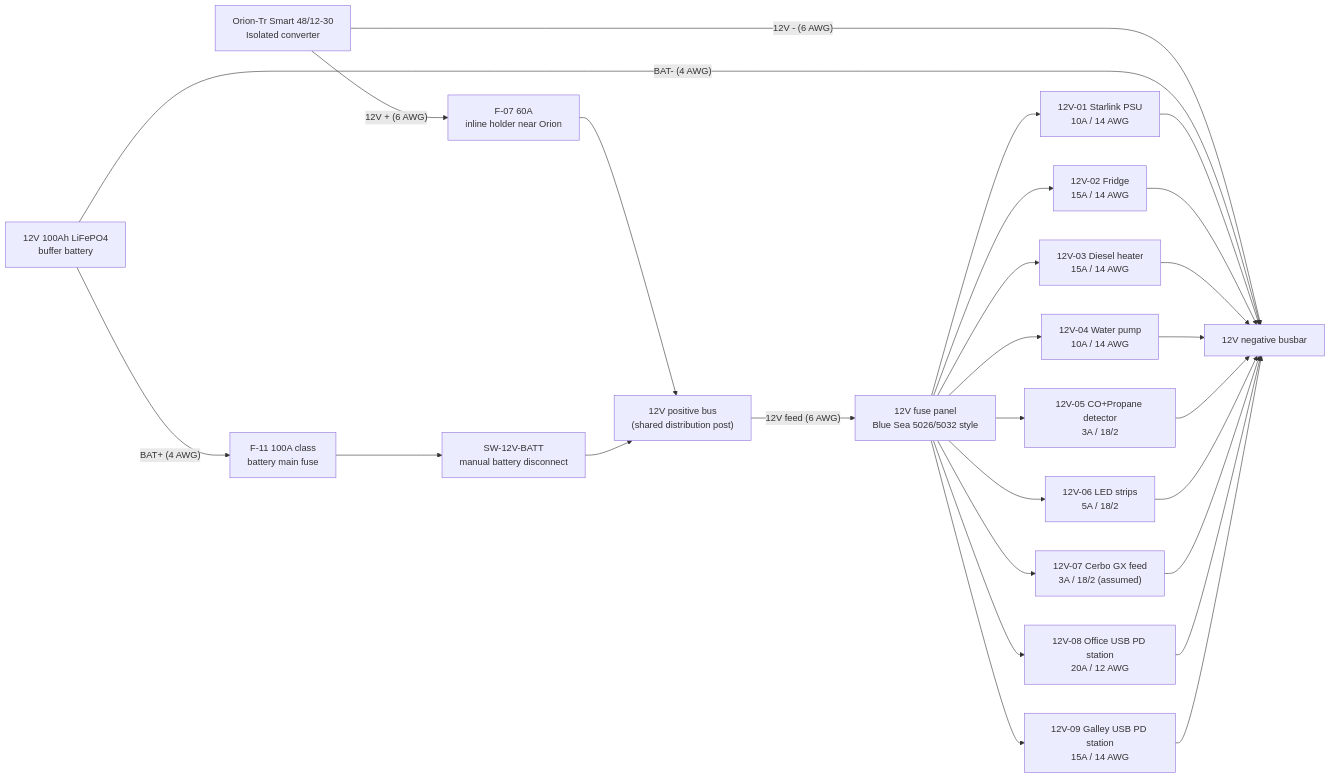
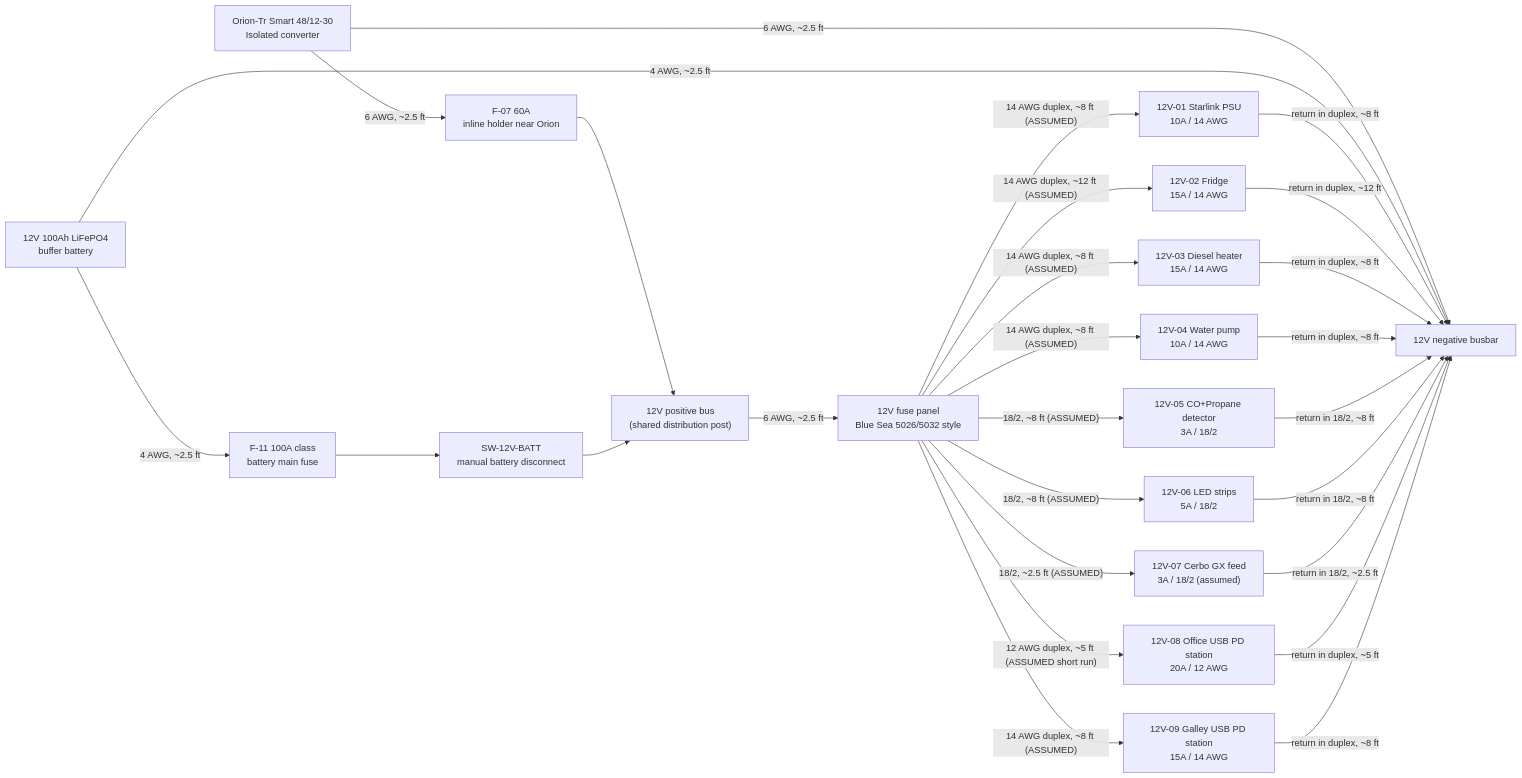
The second of 4 diagrams in docs/ELECTRICAL_overview_diagram.md (DataDaneDev/HiatusBuild), drawn with Mermaid before and after one commit. The commit also changed other lines of this file and 21 other files, not shown here.

````diff
--- a/docs/ELECTRICAL_overview_diagram.md
+++ b/docs/ELECTRICAL_overview_diagram.md
@@ -106,47 +115,47 @@
 ```mermaid
 flowchart LR
     ORION["Orion-Tr Smart 48/12-30\nIsolated converter"]
     F07["F-07 60A\ninline holder near Orion"]
     P12["12V positive bus\n(shared distribution post)"]
     PANEL["12V fuse panel\nBlue Sea 5026/5032 style"]
     N12["12V negative busbar"]
     B12["12V 100Ah LiFePO4\nbuffer battery"]
     F11["F-11 100A class\nbattery main fuse"]
     SW12["SW-12V-BATT\nmanual battery disconnect"]
 
     STAR["12V-01 Starlink PSU\n10A / 14 AWG"]
     FRIDGE["12V-02 Fridge\n15A / 14 AWG"]
     HEATER["12V-03 Diesel heater\n15A / 14 AWG"]
     PUMP["12V-04 Water pump\n10A / 14 AWG"]
     DET["12V-05 CO+Propane detector\n3A / 18/2"]
     LED["12V-06 LED strips\n5A / 18/2"]
     CERBO_PWR["12V-07 Cerbo GX feed\n3A / 18/2 (assumed)"]
     USB_OFFICE["12V-08 Office USB PD station\n20A / 12 AWG"]
     USB_GALLEY["12V-09 Galley USB PD station\n15A / 14 AWG"]
 
-    ORION -- "12V + (6 AWG)" --> F07 --> P12
-    ORION -- "12V - (6 AWG)" --> N12
-    B12 -- "BAT+ (4 AWG)" --> F11 --> SW12 --> P12
-    B12 -- "BAT- (4 AWG)" --> N12
-    P12 -- "12V feed (6 AWG)" --> PANEL
+    ORION -- "6 AWG, ~2.5 ft" --> F07 --> P12
+    ORION -- "6 AWG, ~2.5 ft" --> N12
+    B12 -- "4 AWG, ~2.5 ft" --> F11 --> SW12 --> P12
+    B12 -- "4 AWG, ~2.5 ft" --> N12
+    P12 -- "6 AWG, ~2.5 ft" --> PANEL
 
-    PANEL --> STAR
-    PANEL --> FRIDGE
-    PANEL --> HEATER
-    PANEL --> PUMP
-    PANEL --> DET
-    PANEL --> LED
-    PANEL --> CERBO_PWR
-    PANEL --> USB_OFFICE
-    PANEL --> USB_GALLEY
+    PANEL -- "14 AWG duplex, ~8 ft (ASSUMED)" --> STAR
+    PANEL -- "14 AWG duplex, ~12 ft (ASSUMED)" --> FRIDGE
+    PANEL -- "14 AWG duplex, ~8 ft (ASSUMED)" --> HEATER
+    PANEL -- "14 AWG duplex, ~8 ft (ASSUMED)" --> PUMP
+    PANEL -- "18/2, ~8 ft (ASSUMED)" --> DET
+    PANEL -- "18/2, ~8 ft (ASSUMED)" --> LED
+    PANEL -- "18/2, ~2.5 ft (ASSUMED)" --> CERBO_PWR
+    PANEL -- "12 AWG duplex, ~5 ft (ASSUMED short run)" --> USB_OFFICE
+    PANEL -- "14 AWG duplex, ~8 ft (ASSUMED)" --> USB_GALLEY
 
-    STAR --> N12
-    FRIDGE --> N12
-    HEATER --> N12
-    PUMP --> N12
-    DET --> N12
-    LED --> N12
-    CERBO_PWR --> N12
-    USB_OFFICE --> N12
-    USB_GALLEY --> N12
+    STAR -- "return in duplex, ~8 ft" --> N12
+    FRIDGE -- "return in duplex, ~12 ft" --> N12
+    HEATER -- "return in duplex, ~8 ft" --> N12
+    PUMP -- "return in duplex, ~8 ft" --> N12
+    DET -- "return in 18/2, ~8 ft" --> N12
+    LED -- "return in 18/2, ~8 ft" --> N12
+    CERBO_PWR -- "return in 18/2, ~2.5 ft" --> N12
+    USB_OFFICE -- "return in duplex, ~5 ft" --> N12
+    USB_GALLEY -- "return in duplex, ~8 ft" --> N12
 ```
````
